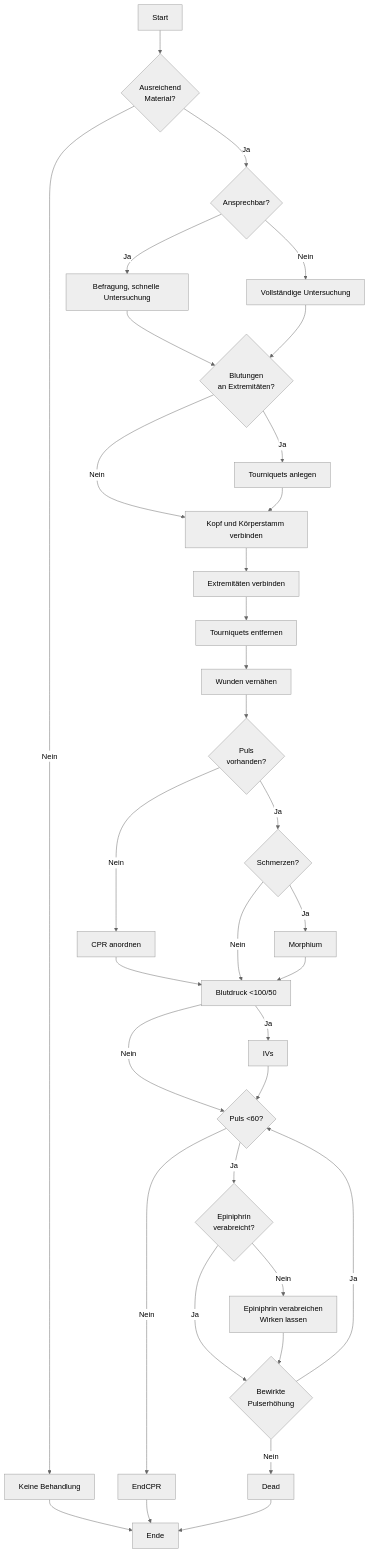
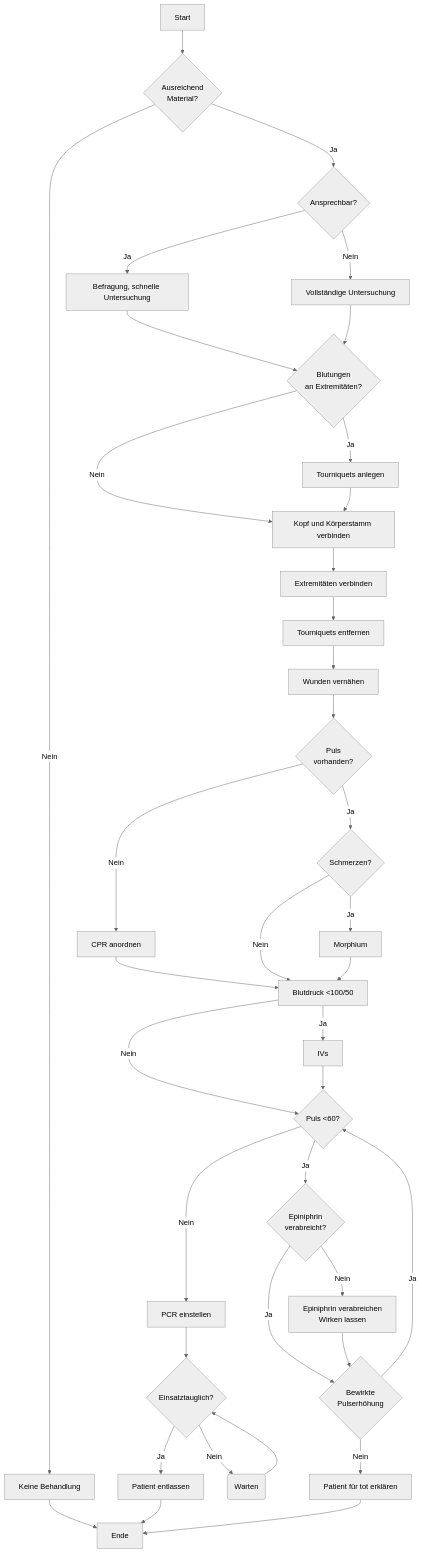
One commit to inten-gg/wiki changed the second of 2 diagrams in arma3/ace3-medical.md. Above: the diagram before and after it, drawn with Mermaid (neutral theme). The commit also changed other lines of this file, not shown here.

Commit message:
docs: update arma3/ace3-medical

````diff
--- a/arma3/ace3-medical.md
+++ b/arma3/ace3-medical.md
@@ -101,36 +101,38 @@
 ```mermaid
 flowchart TD
     Start[Start] --> Material{Ausreichend\nMaterial?}
     Material -- Ja --> Ansprechbar{Ansprechbar?}    
     Material -- Nein --> Nope[Keine Behandlung]
     Nope --> Ende
     Ansprechbar -- Ja --> Question[Befragung, schnelle Untersuchung]    
     Ansprechbar -- Nein --> CompleteSearch[Vollständige Untersuchung]
     Question --> VieleBlutungen
     CompleteSearch --> VieleBlutungen{Blutungen\nan Extremitäten?}
     VieleBlutungen -- Ja --> Tourniquets[Tourniquets anlegen]
     VieleBlutungen -- Nein --> Torso[Kopf und Körperstamm verbinden]
     Tourniquets --> Torso
     Torso --> Extreminaeten[Extremitäten verbinden]
     Extreminaeten --> TourniquetsDel[Tourniquets entfernen]
     TourniquetsDel --> Stitch[Wunden vernähen]
     Stitch --> PulsAfterStitch{Puls\nvorhanden?}
     PulsAfterStitch -- Ja --> Pain{Schmerzen?}
     PulsAfterStitch -- Nein --> CPR[CPR anordnen]
     CPR --> BloodPressure
     Pain -- Ja --> Morphium
     Pain -- Nein --> BloodPressure[Blutdruck <100/50]
     Morphium --> BloodPressure
     BloodPressure -- Ja --> IVs    
     BloodPressure -- Nein --> PulseAfterBloodPressure{Puls <60?}
     IVs --> PulseAfterBloodPressure
     PulseAfterBloodPressure -- Ja --> EpiniphrinDecision{Epiniphrin\nverabreicht?}
     EpiniphrinDecision -- Ja --> EpiniphrinDelay
     EpiniphrinDecision -- Nein --> Epiniphrin[Epiniphrin verabreichen\nWirken lassen]
-    PulseAfterBloodPressure -- Nein --> EndCPR
-    EndCPR --> Ende
+    PulseAfterBloodPressure -- Nein --> EndCPR[PCR einstellen] --> WaitGreen{Einsatztauglich?}
+    WaitGreen -- Ja --> Green[Patient entlassen]
+    WaitGreen -- Nein --> Wait(Warten) --> WaitGreen
+    Green --> Ende
     Epiniphrin --> EpiniphrinDelay{Bewirkte\nPulserhöhung}
     EpiniphrinDelay -- Ja --> PulseAfterBloodPressure
-    EpiniphrinDelay -- Nein --> Dead
+    EpiniphrinDelay -- Nein --> Dead[Patient für tot erklären]
     Dead --> Ende
 ```  
````
